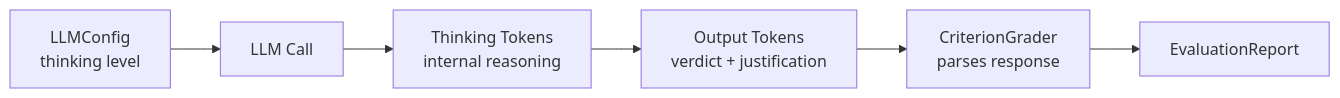
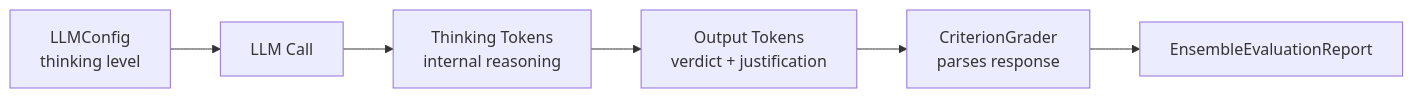
One commit to delip/autorubric changed the diagram in docs/cookbook/extended-thinking.md. Above: the diagram before and after it, drawn with Mermaid. The commit also changed other lines of this file and 16 other files, not shown here.

````diff
--- a/docs/cookbook/extended-thinking.md
+++ b/docs/cookbook/extended-thinking.md
@@ -18,8 +18,8 @@
 ```mermaid
 flowchart LR
     A[LLMConfig<br/>thinking level] --> B[LLM Call]
     B --> C[Thinking Tokens<br/>internal reasoning]
     C --> D[Output Tokens<br/>verdict + justification]
     D --> E[CriterionGrader<br/>parses response]
-    E --> F[EvaluationReport]
+    E --> F[EnsembleEvaluationReport]
 ```
````
